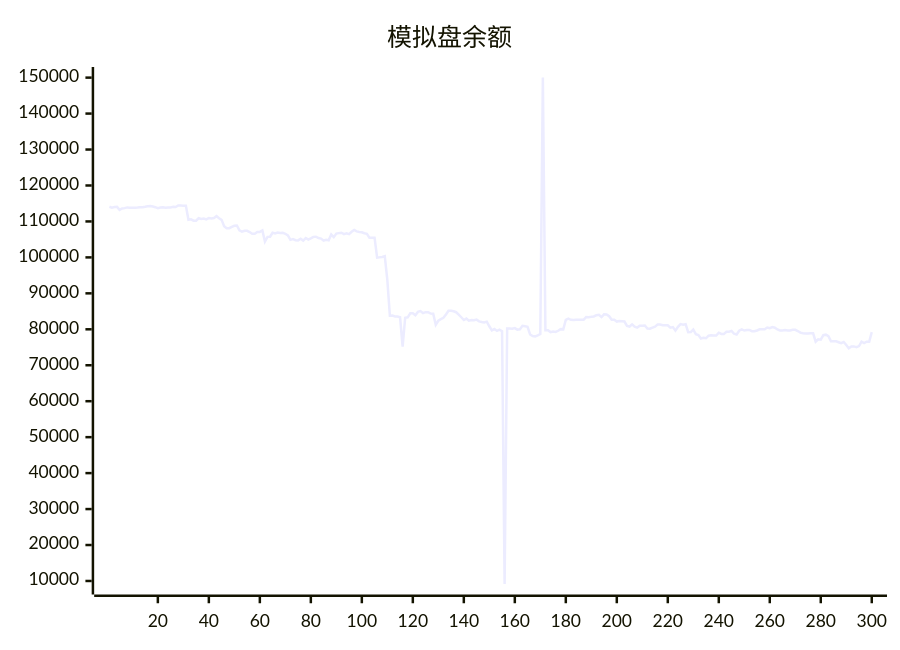
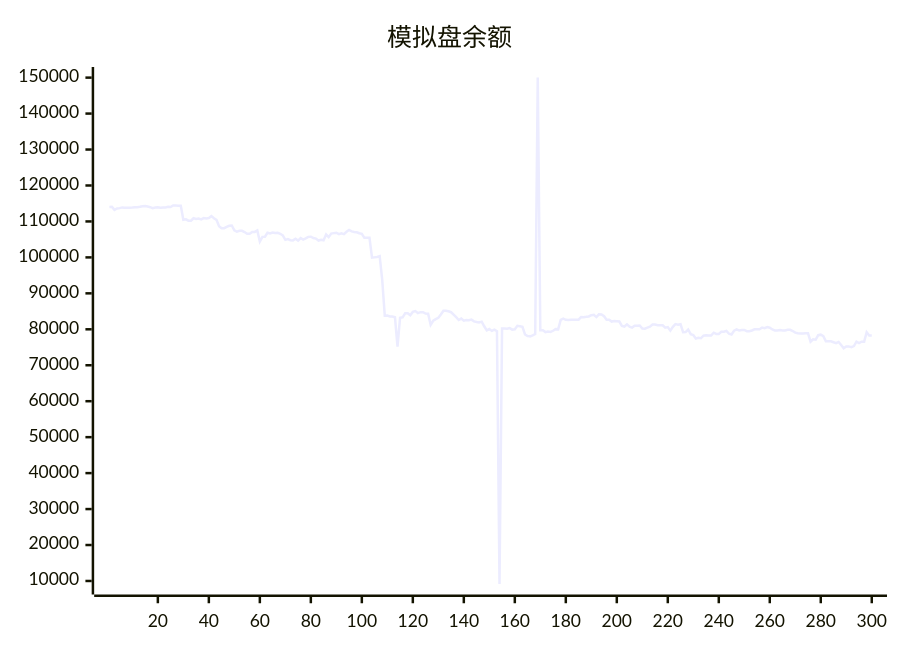
Before and after one commit to aahl/ai-trading: the diagram in README.md, drawn with Mermaid. The commit also changed other lines of this file and 1 other file, not shown here.

````diff
--- a/README.md
+++ b/README.md
@@ -5,5 +5,5 @@
 ```mermaid
 xychart
     title "模拟盘余额"
-    line [114074,113840,113996,114051,113208,113593,113701,113901,113794,113784,113810,113848,113927,113929,114064,114232,114293,114144,113960,113698,113853,113942,113812,113908,113877,114091,113998,114427,114422,114384,114384,110477,110576,110198,110198,110890,110712,110812,110569,110929,110847,110968,111478,110870,110433,108661,108116,108115,108485,108797,108877,107536,107134,107393,107393,107046,106565,106565,107081,107081,107478,104404,105715,105749,106866,106651,106889,106771,106816,106565,106141,104876,105103,104796,104734,105169,104690,105380,104941,105272,105709,105739,105374,105227,104691,104924,104762,106364,105628,106608,106748,106872,106485,106721,106468,107132,107620,107224,107080,107001,106717,106567,105431,105431,105440,99950,100017,100113,100337,93749,83795,83807,83567,83567,83342,75168,83222,83336,84448,84449,83896,84839,85065,84499,84757,84757,84364,84347,81254,82385,82835,83184,84099,85150,85150,85002,84751,84096,83356,82582,82983,82404,82572,82512,82688,82200,82047,81920,82125,80840,79688,80060,79552,79920,79470,9193,80236,80208,80170,80336,79894,80006,80954,80837,80712,78561,78139,78037,78293,78682,150000,79720,79720,79214,79372,79279,79591,80046,79993,82625,82950,82626,82571,82633,82670,82670,82681,83386,83378,83464,83579,83920,84037,83402,84160,84142,83652,82655,82655,82145,82315,82243,82163,80934,80770,81371,80742,80468,80989,80989,81067,80191,80155,80450,80737,81309,81309,81106,81119,81119,80471,80631,79624,80670,81448,81290,81429,79212,79222,79940,78643,78380,77432,77623,77504,78235,78358,78284,78277,79048,78714,78714,79290,79308,79567,78763,78563,79603,79988,79652,79813,79813,79476,79469,79673,79995,80015,80015,80486,80314,80600,80436,79966,79689,79689,79819,79692,79692,79850,79850,79518,79071,78889,78850,78850,78878,78878,76554,77202,77103,78357,78510,78106,76678,76677,76672,76411,76159,76485,75656,74695,75197,75246,75052,75334,76564,76179,76553,76551,79196]
+    line [113996,114051,113208,113593,113701,113901,113794,113784,113810,113848,113927,113929,114064,114232,114293,114144,113960,113698,113853,113942,113812,113908,113877,114091,113998,114427,114422,114384,114384,110477,110576,110198,110198,110890,110712,110812,110569,110929,110847,110968,111478,110870,110433,108661,108116,108115,108485,108797,108877,107536,107134,107393,107393,107046,106565,106565,107081,107081,107478,104404,105715,105749,106866,106651,106889,106771,106816,106565,106141,104876,105103,104796,104734,105169,104690,105380,104941,105272,105709,105739,105374,105227,104691,104924,104762,106364,105628,106608,106748,106872,106485,106721,106468,107132,107620,107224,107080,107001,106717,106567,105431,105431,105440,99950,100017,100113,100337,93749,83795,83807,83567,83567,83342,75168,83222,83336,84448,84449,83896,84839,85065,84499,84757,84757,84364,84347,81254,82385,82835,83184,84099,85150,85150,85002,84751,84096,83356,82582,82983,82404,82572,82512,82688,82200,82047,81920,82125,80840,79688,80060,79552,79920,79470,9193,80236,80208,80170,80336,79894,80006,80954,80837,80712,78561,78139,78037,78293,78682,150000,79720,79720,79214,79372,79279,79591,80046,79993,82625,82950,82626,82571,82633,82670,82670,82681,83386,83378,83464,83579,83920,84037,83402,84160,84142,83652,82655,82655,82145,82315,82243,82163,80934,80770,81371,80742,80468,80989,80989,81067,80191,80155,80450,80737,81309,81309,81106,81119,81119,80471,80631,79624,80670,81448,81290,81429,79212,79222,79940,78643,78380,77432,77623,77504,78235,78358,78284,78277,79048,78714,78714,79290,79308,79567,78763,78563,79603,79988,79652,79813,79813,79476,79469,79673,79995,80015,80015,80486,80314,80600,80436,79966,79689,79689,79819,79692,79692,79850,79850,79518,79071,78889,78850,78850,78878,78878,76554,77202,77103,78357,78510,78106,76678,76677,76672,76411,76159,76485,75656,74695,75197,75246,75052,75334,76564,76179,76553,76551,79196,78300,78300]
 ```
````
